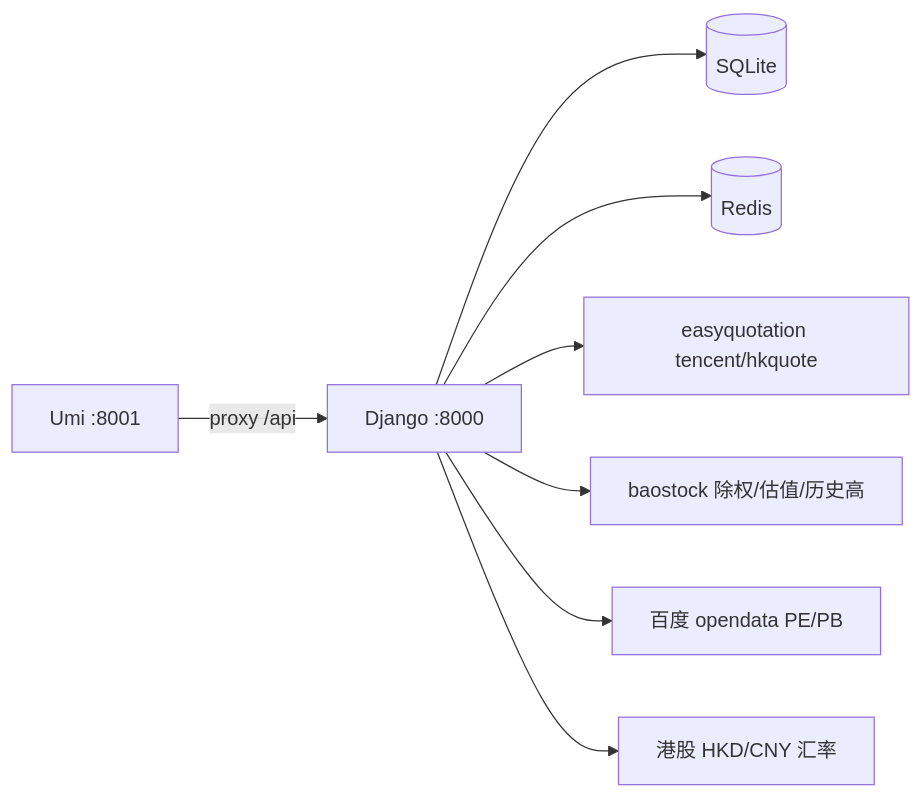
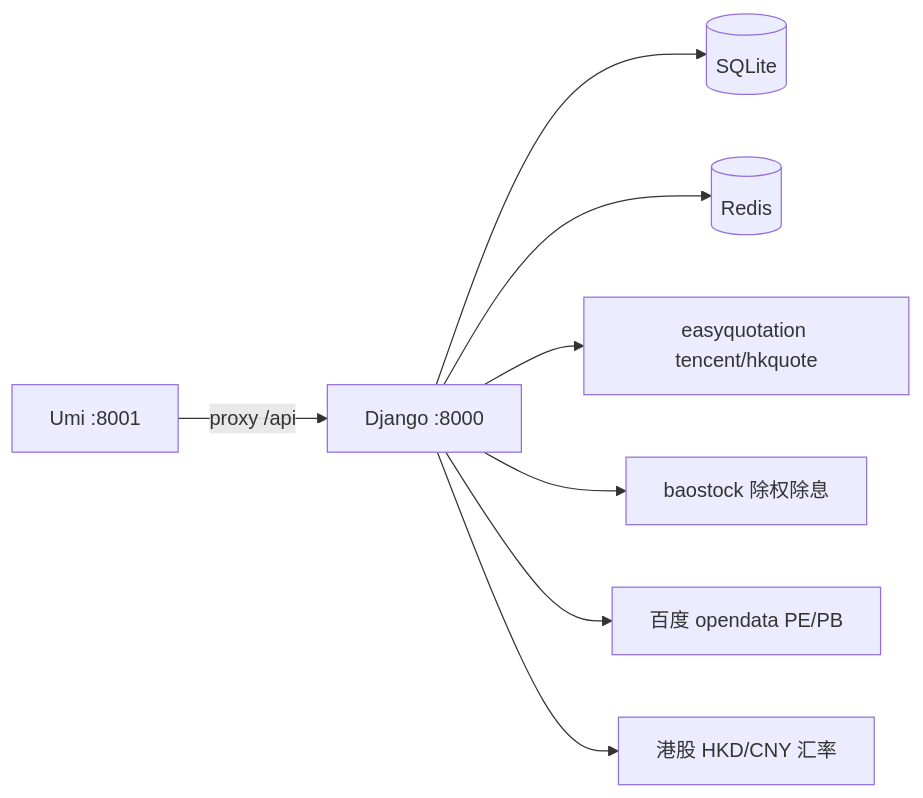
The diagram in .agents/skills/stockmanager-project/SKILL.md (gunerguner/stockManager), drawn with Mermaid before and after one commit. The commit also changed other lines of this file and 6 other files, not shown here.

````diff
--- a/.agents/skills/stockmanager-project/SKILL.md
+++ b/.agents/skills/stockmanager-project/SKILL.md
@@ -64,10 +64,10 @@
 ```mermaid
 flowchart LR
   Umi[Umi :8001] -->|proxy /api| Django[Django :8000]
   Django --> SQLite[(SQLite)]
   Django --> Redis[(Redis)]
   Django --> Quote[easyquotation tencent/hkquote]
-  Django --> Baostock[baostock 除权/估值/历史高]
+  Django --> Baostock[baostock 除权除息]
   Django --> Baidu[百度 opendata PE/PB]
   Django --> FX[港股 HKD/CNY 汇率]
 ```
````
